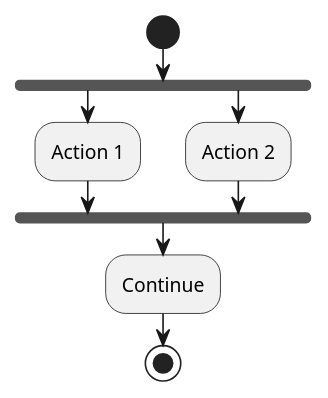
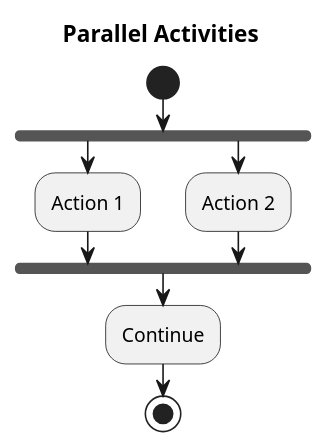
One commit to DenAV/DevOps-Notes changed the third of 7 diagrams in Tools/plantuml.md. Above: the diagram before and after it, drawn with PlantUML. The commit also changed other lines of this file and 8 other files, not shown here.

Commit message:
add info about plantuml

````diff
--- a/Tools/plantuml.md
+++ b/Tools/plantuml.md
@@ -37,12 +47,13 @@
 ```plantuml
 @startuml
+title Parallel Activities
 start
 fork
   :Action 1;
 fork again
   :Action 2;
 end fork
 :Continue;
 stop
 @enduml
 ```
````
